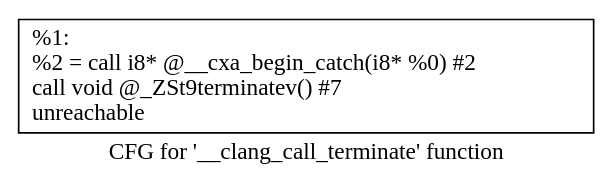
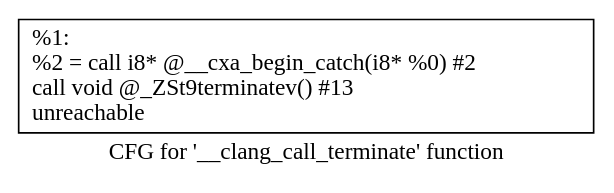
The diagram in cfg.__clang_call_terminate.dot (Chodabeen/cfg), drawn with Graphviz before and after one commit. The commit also changed 118 other files, not shown here.

```diff
--- a/cfg.__clang_call_terminate.dot
+++ b/cfg.__clang_call_terminate.dot
@@ -1,5 +1,5 @@
 digraph "CFG for '__clang_call_terminate' function" {
 	label="CFG for '__clang_call_terminate' function";
 
-	Node0x6b53c10 [shape=record,label="{%1:\l  %2 = call i8* @__cxa_begin_catch(i8* %0) #2\l  call void @_ZSt9terminatev() #7\l  unreachable\l}"];
+	Node0x6b511a0 [shape=record,label="{%1:\l  %2 = call i8* @__cxa_begin_catch(i8* %0) #2\l  call void @_ZSt9terminatev() #13\l  unreachable\l}"];
 }
```
